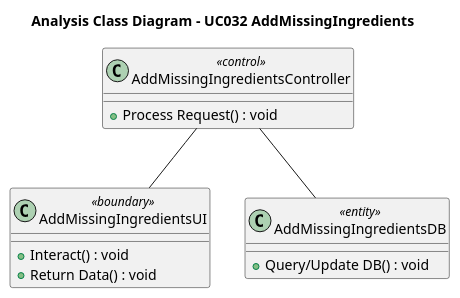
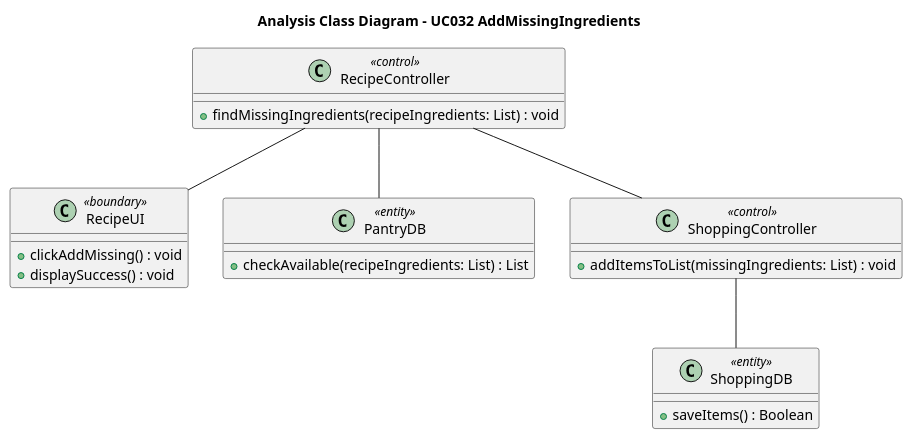
One commit to Alt2210/NaviMart changed the diagram in diagrams/Module_6_AI_Recipes/UC032_Tự_động_thêm_nguyên_liệu_còn_thiếu_vào_Danh_sách_mua_sắm_Analysis.puml. Above: the diagram before and after it, drawn with PlantUML. The commit also changed 63 other files, not shown here.

```diff
--- a/diagrams/Module_6_AI_Recipes/UC032_Tự_động_thêm_nguyên_liệu_còn_thiếu_vào_Danh_sách_mua_sắm_Analysis.puml
+++ b/diagrams/Module_6_AI_Recipes/UC032_Tự_động_thêm_nguyên_liệu_còn_thiếu_vào_Danh_sách_mua_sắm_Analysis.puml
@@ -1,17 +1,25 @@
 @startuml
 title Analysis Class Diagram - UC032 AddMissingIngredients
 
-class "AddMissingIngredientsUI" as UI <<boundary>> {
-  + Interact() : void
-  + Return Data() : void
+class "RecipeUI" as UI <<boundary>> {
+  + clickAddMissing() : void
+  + displaySuccess() : void
 }
-class "AddMissingIngredientsController" as Controller <<control>> {
-  + Process Request() : void
+class "RecipeController" as Controller <<control>> {
+  + findMissingIngredients(recipeIngredients: List) : void
 }
-class "AddMissingIngredientsDB" as Entity <<entity>> {
-  + Query/Update DB() : void
+class "PantryDB" as PantryDB <<entity>> {
+  + checkAvailable(recipeIngredients: List) : List
+}
+class "ShoppingController" as ShoppingController <<control>> {
+  + addItemsToList(missingIngredients: List) : void
+}
+class "ShoppingDB" as ShoppingDB <<entity>> {
+  + saveItems() : Boolean
 }
 
 Controller -- UI
-Controller -- Entity
+Controller -- PantryDB
+Controller -- ShoppingController
+ShoppingController -- ShoppingDB
 @enduml
```
